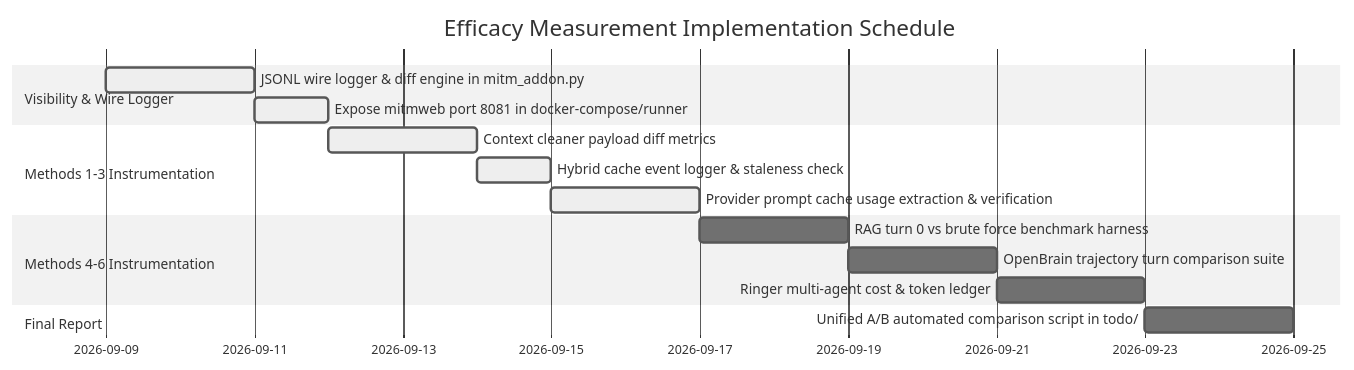
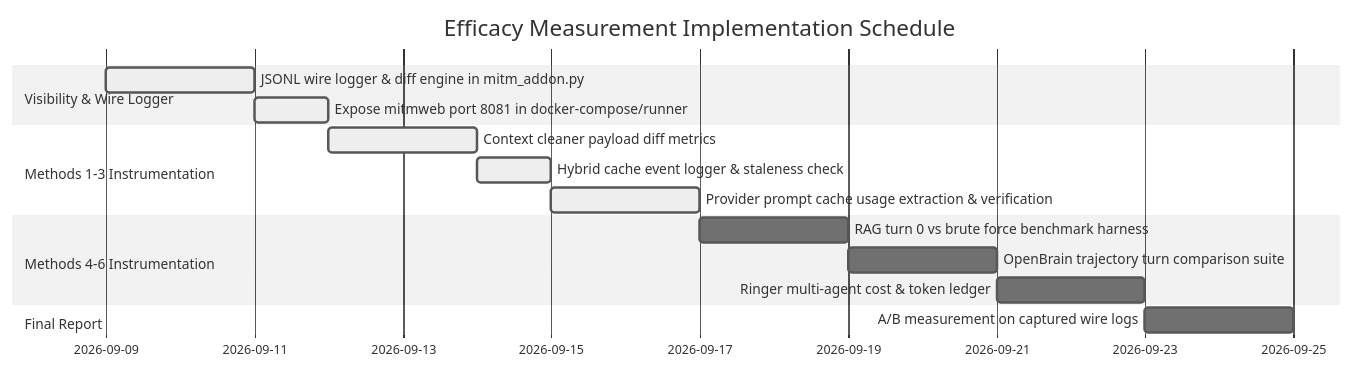
Before and after one commit to Holon-Agentic-Coder/holon-coherence: the second of 2 diagrams in docs/token_reduction_measurement_plan.md, drawn with Mermaid (neutral theme). The commit also changed other lines of this file and 31 other files, not shown here.

````diff
--- a/docs/token_reduction_measurement_plan.md
+++ b/docs/token_reduction_measurement_plan.md
@@ -910,18 +908,18 @@
 ```mermaid
 gantt
     title Efficacy Measurement Implementation Schedule
     dateFormat  YYYY-MM-DD
     section Visibility & Wire Logger
     JSONL wire logger & diff engine in mitm_addon.py       :active,  des1, 2026-09-09, 2d
     Expose mitmweb port 8081 in docker-compose/runner     :active,  des2, after des1, 1d
     section Methods 1-3 Instrumentation
     Context cleaner payload diff metrics                  :active,  des3, after des2, 2d
     Hybrid cache event logger & staleness check           :active,  des4, after des3, 1d
     Provider prompt cache usage extraction & verification :active,  des5, after des4, 2d
     section Methods 4-6 Instrumentation
     RAG turn 0 vs brute force benchmark harness           :         des6, after des5, 2d
     OpenBrain trajectory turn comparison suite            :         des7, after des6, 2d
     Ringer multi-agent cost & token ledger                :         des8, after des7, 2d
     section Final Report
-    Unified A/B automated comparison script in todo/      :         des9, after des8, 2d
+    A/B measurement on captured wire logs                 :         des9, after des8, 2d
 ```
````
